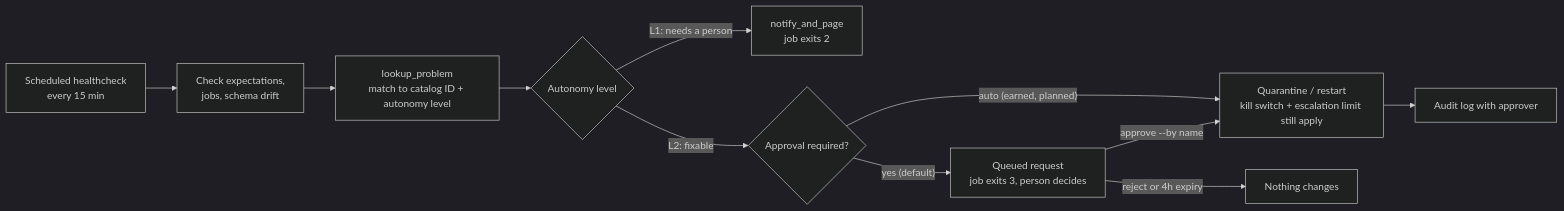
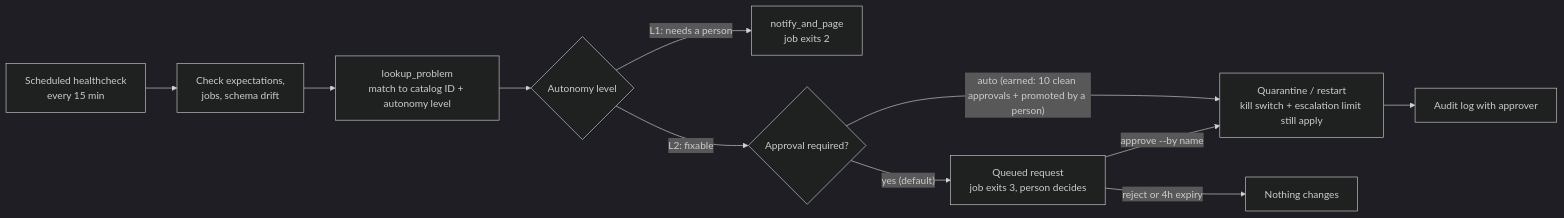
One commit to sumanthreddy369/databricks-agentic-de changed the third of 9 diagrams in README.md. Above: the diagram before and after it, drawn with Mermaid (dark theme). The commit also changed other lines of this file and 34 other files, not shown here.

````diff
--- a/README.md
+++ b/README.md
@@ -105,13 +183,13 @@
 ```mermaid
 flowchart LR
     H["Scheduled healthcheck<br/>every 15 min"] --> CHK["Check expectations,<br/>jobs, schema drift"]
     CHK --> LK["lookup_problem<br/>match to catalog ID + autonomy level"]
     LK --> D{"Autonomy level"}
     D -->|"L1: needs a person"| PG["notify_and_page<br/>job exits 2"]
     D -->|"L2: fixable"| GATE{"Approval required?"}
     GATE -->|"yes (default)"| Q["Queued request<br/>job exits 3, person decides"]
     Q -->|"approve --by name"| ACT["Quarantine / restart<br/>kill switch + escalation limit still apply"]
     Q -->|"reject or 4h expiry"| NO["Nothing changes"]
-    GATE -->|"auto (earned, planned)"| ACT
+    GATE -->|"auto (earned: 10 clean approvals + promoted by a person)"| ACT
     ACT --> AU["Audit log with approver"]
 ```
````
